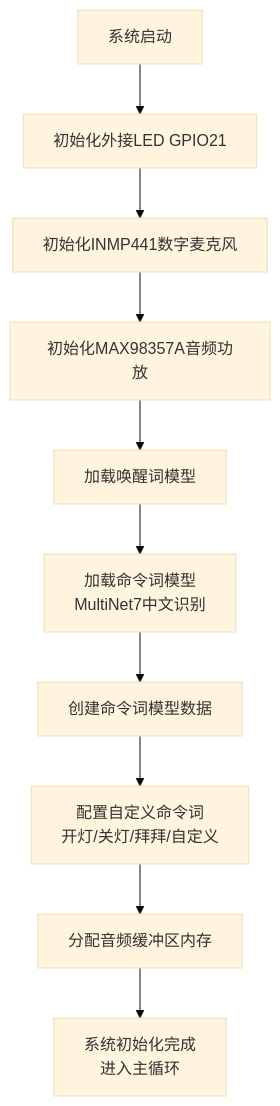
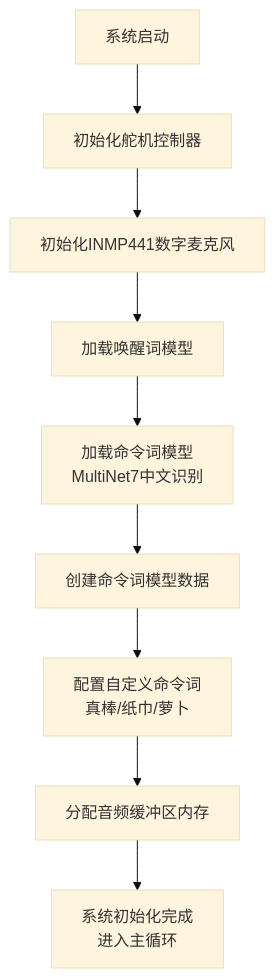
One commit to shenjingnan/luobo-zhenbang changed the first of 2 diagrams in README.md. Above: the diagram before and after it, drawn with Mermaid (base theme). The commit also changed other lines of this file and 4 other files, not shown here.

````diff
--- a/README.md
+++ b/README.md
@@ -258,12 +228,11 @@
 ```mermaid
 flowchart TD
-    A[系统启动] --> B[初始化外接LED GPIO21]
+    A[系统启动] --> B[初始化舵机控制器]
     B --> C[初始化INMP441数字麦克风]
-    C --> D[初始化MAX98357A音频功放]
-    D --> E[加载唤醒词模型]
-    E --> F[加载命令词模型<br/>MultiNet7中文识别]
-    F --> G[创建命令词模型数据]
-    G --> H[配置自定义命令词<br/>开灯/关灯/拜拜/自定义]
-    H --> I[分配音频缓冲区内存]
-    I --> K[系统初始化完成<br/>进入主循环]
+    C --> D[加载唤醒词模型]
+    D --> E[加载命令词模型<br/>MultiNet7中文识别]
+    E --> F[创建命令词模型数据]
+    F --> G[配置自定义命令词<br/>真棒/纸巾/萝卜]
+    G --> H[分配音频缓冲区内存]
+    H --> K[系统初始化完成<br/>进入主循环]
 ```
````
